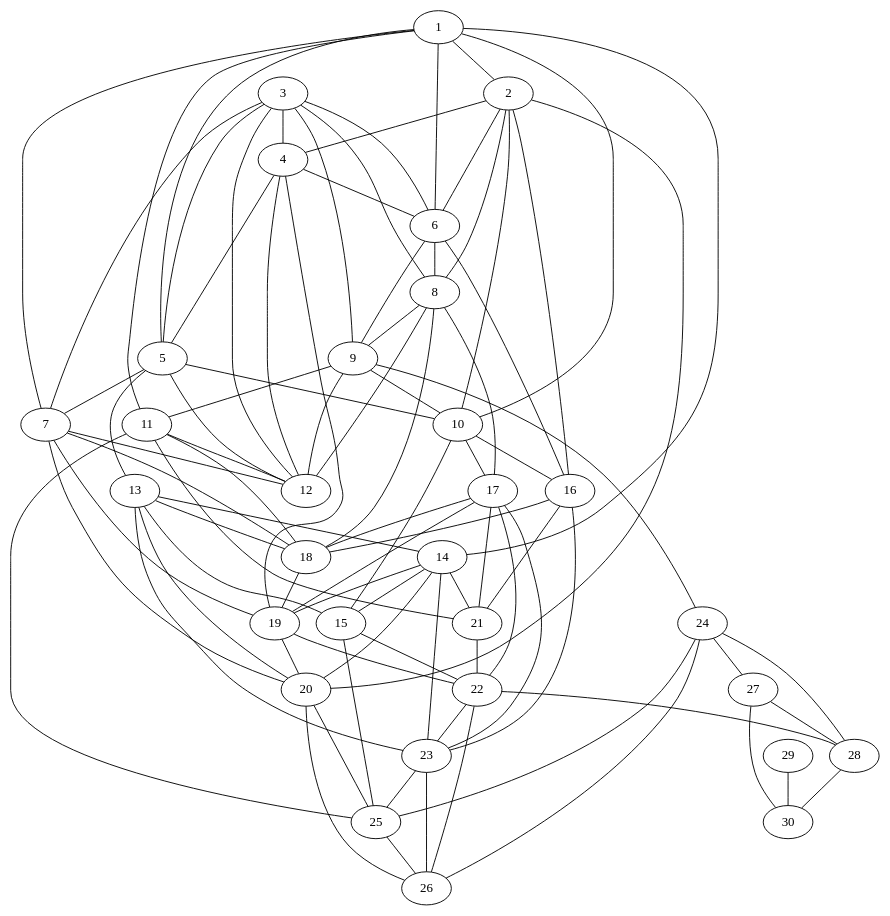
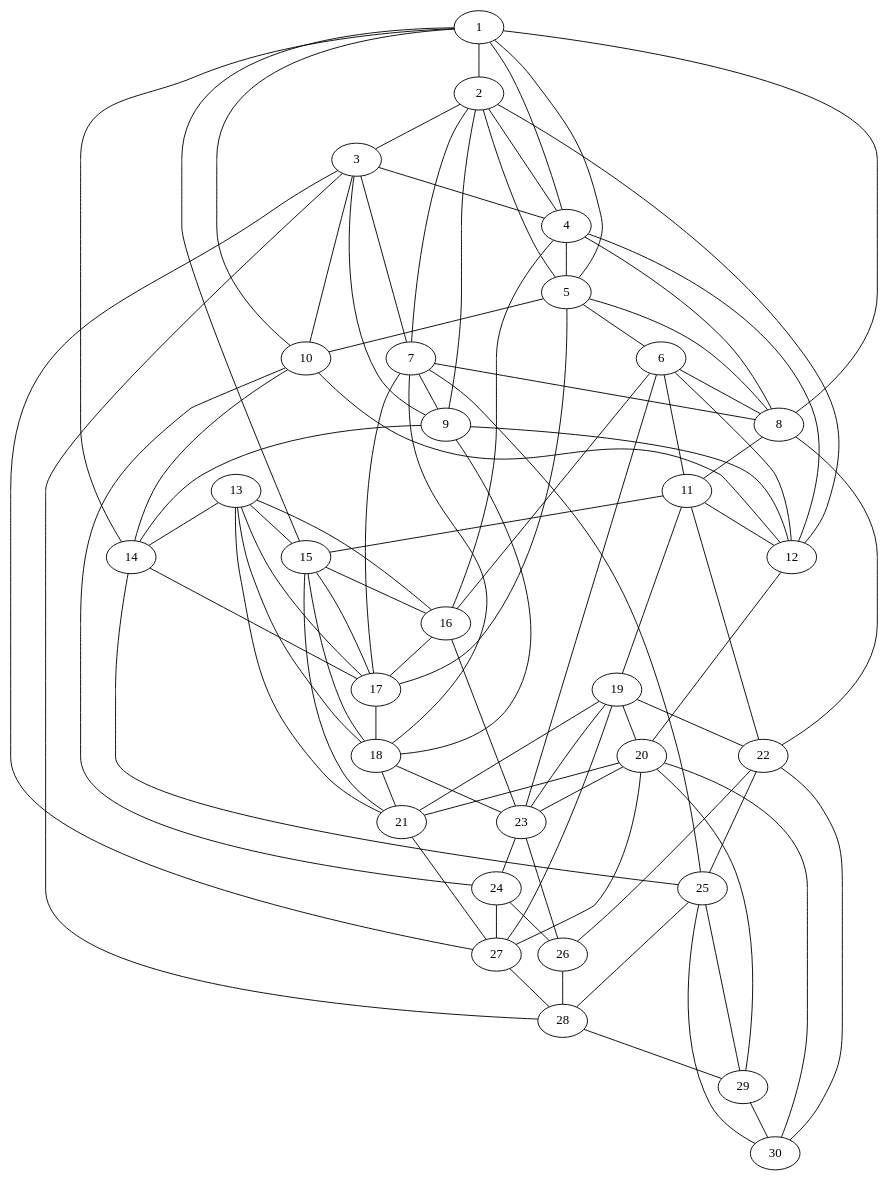
The diagram in P1 Biblioteca Grafos/Archivos Viz/Grafo30Barabasi.gv (JulRivera0/AyD-Algoritmos), drawn with Graphviz before and after one commit. The commit also changed 47 other files, not shown here.

```diff
--- a/P1 Biblioteca Grafos/Archivos Viz/Grafo30Barabasi.gv
+++ b/P1 Biblioteca Grafos/Archivos Viz/Grafo30Barabasi.gv
@@ -1,92 +1,94 @@
 graph {
 1--2
+2--3
+1--4
 2--4
 3--4
 1--5
-3--5
+2--5
 4--5
-1--6
-2--6
-3--6
-4--6
-1--7
+5--6
+2--7
 3--7
-5--7
-2--8
-3--8
+1--8
+4--8
+5--8
 6--8
+7--8
+2--9
 3--9
-6--9
-8--9
+7--9
 1--10
-2--10
+3--10
 5--10
-9--10
-1--11
-9--11
-3--12
+6--11
+8--11
+2--12
 4--12
-5--12
-7--12
-8--12
+6--12
 9--12
+10--12
 11--12
-5--13
 1--14
+9--14
+10--14
 13--14
-10--15
+1--15
+11--15
 13--15
-14--15
-2--16
+4--16
 6--16
-10--16
-8--17
-10--17
+13--16
+15--16
+5--17
+7--17
+13--17
+14--17
+15--17
+16--17
 7--18
-8--18
-11--18
+9--18
 13--18
-16--18
+15--18
 17--18
-4--19
-7--19
-14--19
-17--19
-18--19
-2--20
-7--20
-13--20
-14--20
+11--19
+12--20
 19--20
-11--21
-14--21
-16--21
-17--21
-15--22
-17--22
+13--21
+15--21
+18--21
+19--21
+20--21
+8--22
+11--22
 19--22
-21--22
-13--23
-14--23
+6--23
 16--23
-17--23
-22--23
-9--24
-11--25
-15--25
-20--25
-23--25
-24--25
-20--26
+18--23
+19--23
+20--23
+10--24
+23--24
+7--25
+14--25
+22--25
 22--26
 23--26
 24--26
-25--26
+3--27
+19--27
+20--27
+21--27
 24--27
-22--28
-24--28
+3--28
+25--28
+26--28
 27--28
-27--30
-28--30
+20--29
+25--29
+28--29
+20--30
+22--30
+25--30
 29--30
 }
```
